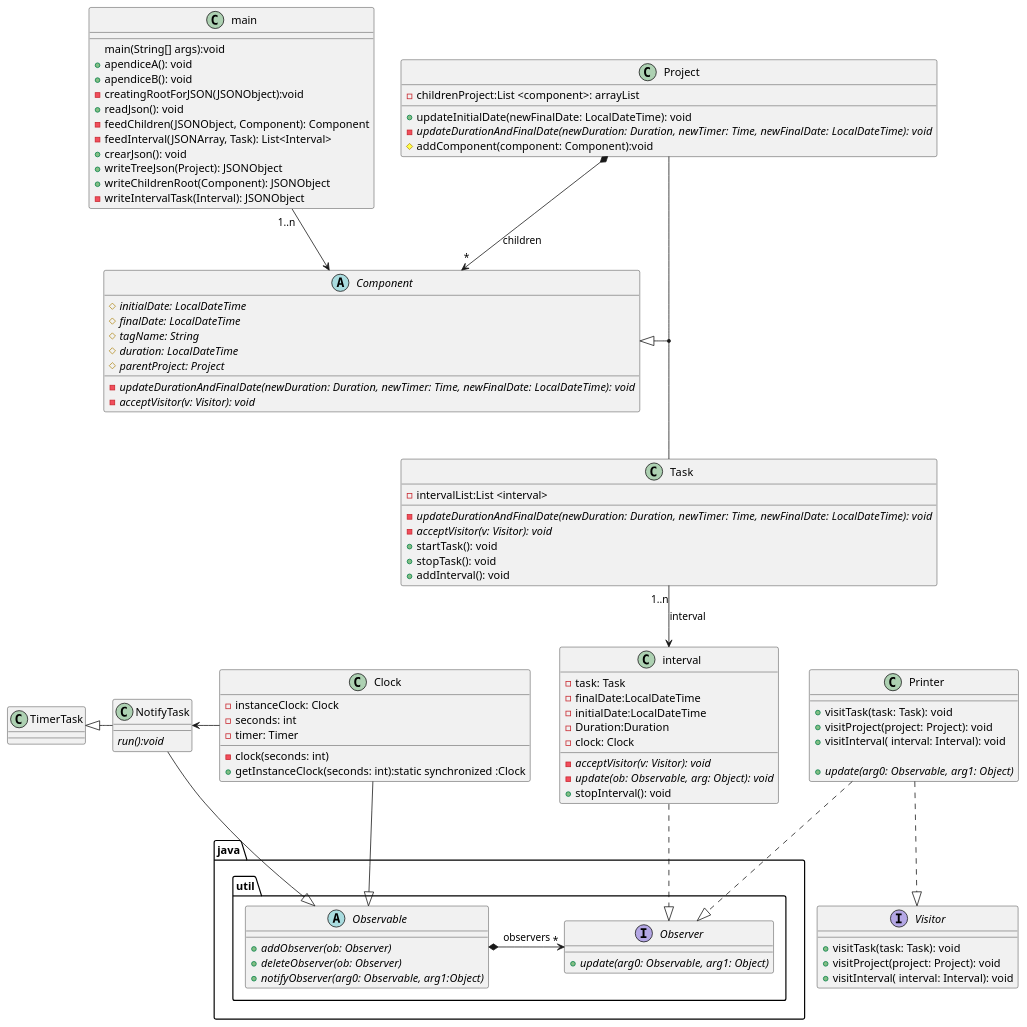
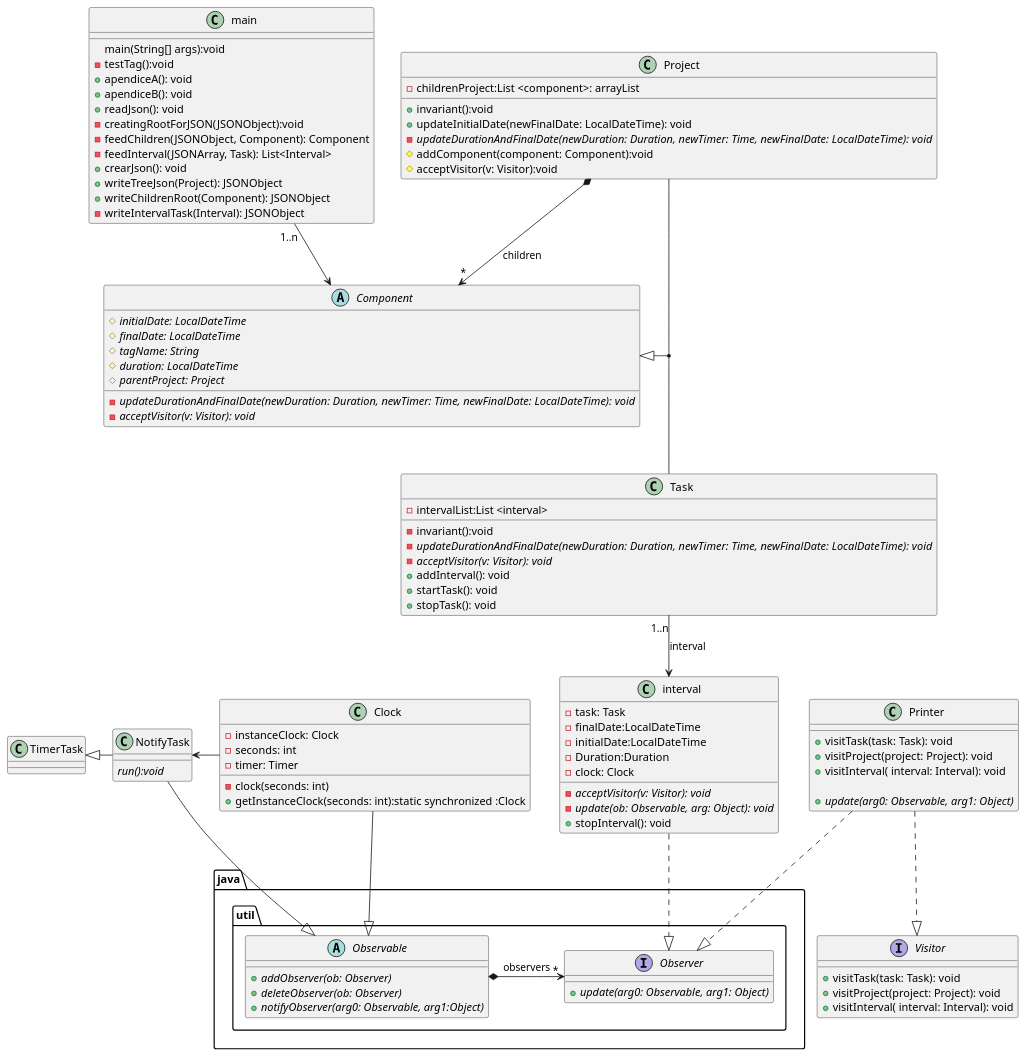
Before and after one commit to alekzihz/DS_TimeTracking: the diagram in src/umlTimeTracking.puml, drawn with PlantUML.

Commit message:
Update umlTimeTracking.puml
Update uml

```diff
--- a/src/umlTimeTracking.puml
+++ b/src/umlTimeTracking.puml
@@ -1,122 +1,126 @@
 @startuml
 'https://plantuml.com/class-diagram
 
 
 
 class main{
   main(String[] args):void
+  -testTag():void
   +apendiceA(): void
   +apendiceB(): void
+  +readJson(): void
   -creatingRootForJSON(JSONObject):void
-  +readJson(): void
   -feedChildren(JSONObject, Component): Component
   -feedInterval(JSONArray, Task): List<Interval>
   +crearJson(): void
   +writeTreeJson(Project): JSONObject
   +writeChildrenRoot(Component): JSONObject
   -writeIntervalTask(Interval): JSONObject
 }
 abstract Component{
     {abstract}#initialDate: LocalDateTime
     {abstract}#finalDate: LocalDateTime
     {abstract}#tagName: String
     {abstract}#duration: LocalDateTime
     {abstract}#parentProject: Project
     {abstract}-updateDurationAndFinalDate(newDuration: Duration, newTimer: Time, newFinalDate: LocalDateTime): void
     {abstract}-acceptVisitor(v: Visitor): void
 }
 
 Interface Visitor{
     +visitTask(task: Task): void
     +visitProject(project: Project): void
     +visitInterval( interval: Interval): void
 
 }
 
 class Project{
     -childrenProject:List <component>: arrayList
+    +invariant():void
     +updateInitialDate(newFinalDate: LocalDateTime): void
     {abstract}-updateDurationAndFinalDate(newDuration: Duration, newTimer: Time, newFinalDate: LocalDateTime): void
     #addComponent(component: Component):void
+    #acceptVisitor(v: Visitor):void
 }
 
 class Task {
     -intervalList:List <interval>
+    -invariant():void
     {abstract}-updateDurationAndFinalDate(newDuration: Duration, newTimer: Time, newFinalDate: LocalDateTime): void
     {abstract}-acceptVisitor(v: Visitor): void
+    +addInterval(): void
     +startTask(): void
     +stopTask(): void
-    +addInterval(): void
 }
 class interval{
     -task: Task
     -finalDate:LocalDateTime
     -initialDate:LocalDateTime
     -Duration:Duration
     -clock: Clock
 
     {abstract}-acceptVisitor(v: Visitor): void
     {abstract}-update(ob: Observable, arg: Object): void
     +stopInterval(): void
 
 }
 
 package java.util{
 
     interface Observer {
 
         +{abstract}update(arg0: Observable, arg1: Object)
 
     }
 
     Abstract Observable
     {
        +{abstract}addObserver(ob: Observer)
        +{abstract}deleteObserver(ob: Observer)
        +{abstract}notifyObserver(arg0: Observable, arg1:Object)
     }
 
 
 
 }
 
 class Clock {
     -instanceClock: Clock
     -seconds: int
     -timer: Timer
     -clock(seconds: int)
     +getInstanceClock(seconds: int):static synchronized :Clock
 
 }
 
 class NotifyTask{
     {abstract}run():void
 }
 
 class Printer{
     +visitTask(task: Task): void
     +visitProject(project: Project): void
     +visitInterval( interval: Interval): void
 
     +{abstract}update(arg0: Observable, arg1: Object)
 }
 
 Clock-left->NotifyTask
 NotifyTask--|>Observable
 NotifyTask-left-|>TimerTask
 
 Printer..|>Visitor
 Printer..|>Observer
 
 main"1..n"--> Component
 Project *--> "*"Component:children
 
 Component <|--down(Project,Task)
 
 Clock--|> Observable
 interval ..|> Observer
 Observable*--left>"*"Observer:observers
 Task "1..n"--> interval:interval
 
 
 @enduml
```
